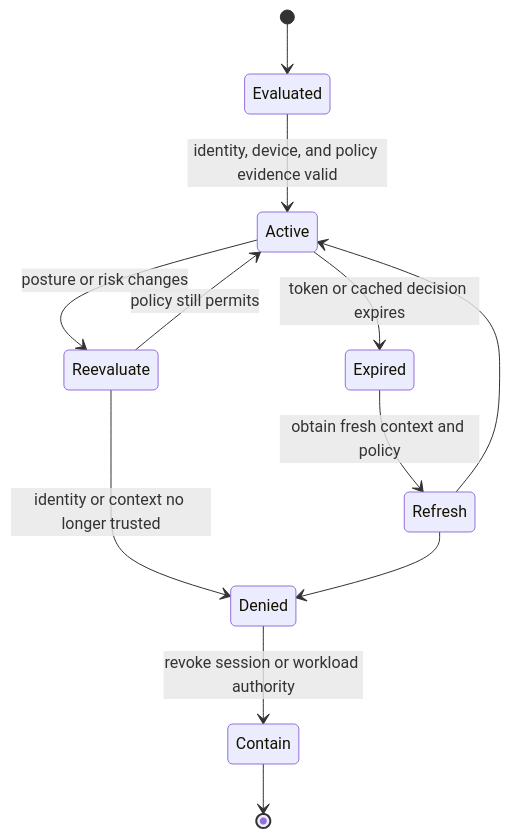
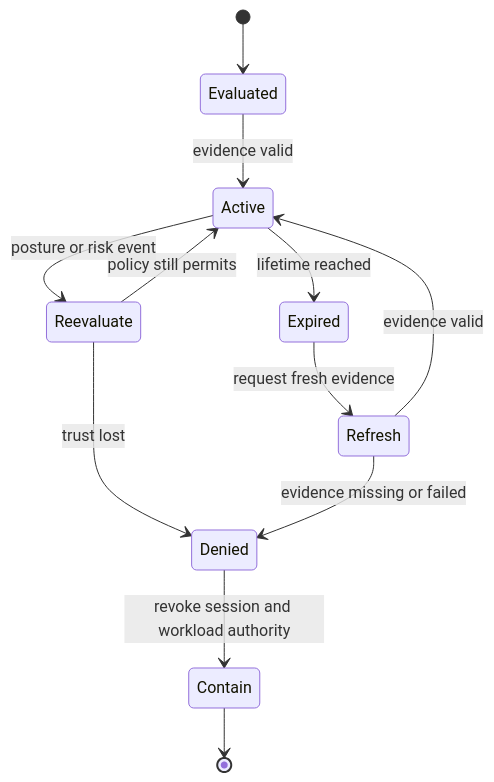
The eighth of 13 diagrams in 15_Security/CH08_Zero_Trust.md (joydasss/Architect), drawn with Mermaid before and after one commit. The commit also changed other lines of this file and 295 other files, not shown here.

````diff
--- a/15_Security/CH08_Zero_Trust.md
+++ b/15_Security/CH08_Zero_Trust.md
@@ -80,14 +496,14 @@
 ```mermaid
 stateDiagram-v2
     [*] --> Evaluated
-    Evaluated --> Active: identity, device, and policy evidence valid
-    Active --> Reevaluate: posture or risk changes
-    Active --> Expired: token or cached decision expires
+    Evaluated --> Active: evidence valid
+    Active --> Reevaluate: posture or risk event
+    Active --> Expired: lifetime reached
     Reevaluate --> Active: policy still permits
-    Reevaluate --> Denied: identity or context no longer trusted
-    Expired --> Refresh: obtain fresh context and policy
-    Refresh --> Active
-    Refresh --> Denied
-    Denied --> Contain: revoke session or workload authority
+    Reevaluate --> Denied: trust lost
+    Expired --> Refresh: request fresh evidence
+    Refresh --> Active: evidence valid
+    Refresh --> Denied: evidence missing or failed
+    Denied --> Contain: revoke session and workload authority
     Contain --> [*]
 ```
````
